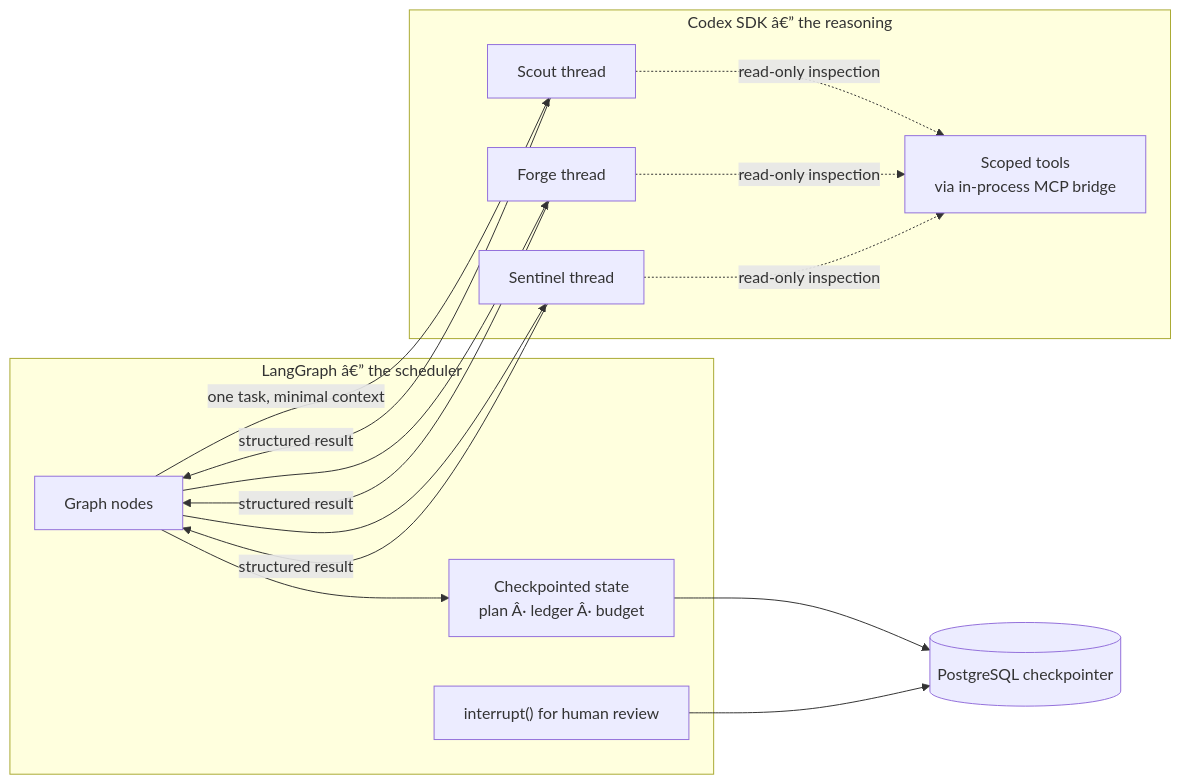
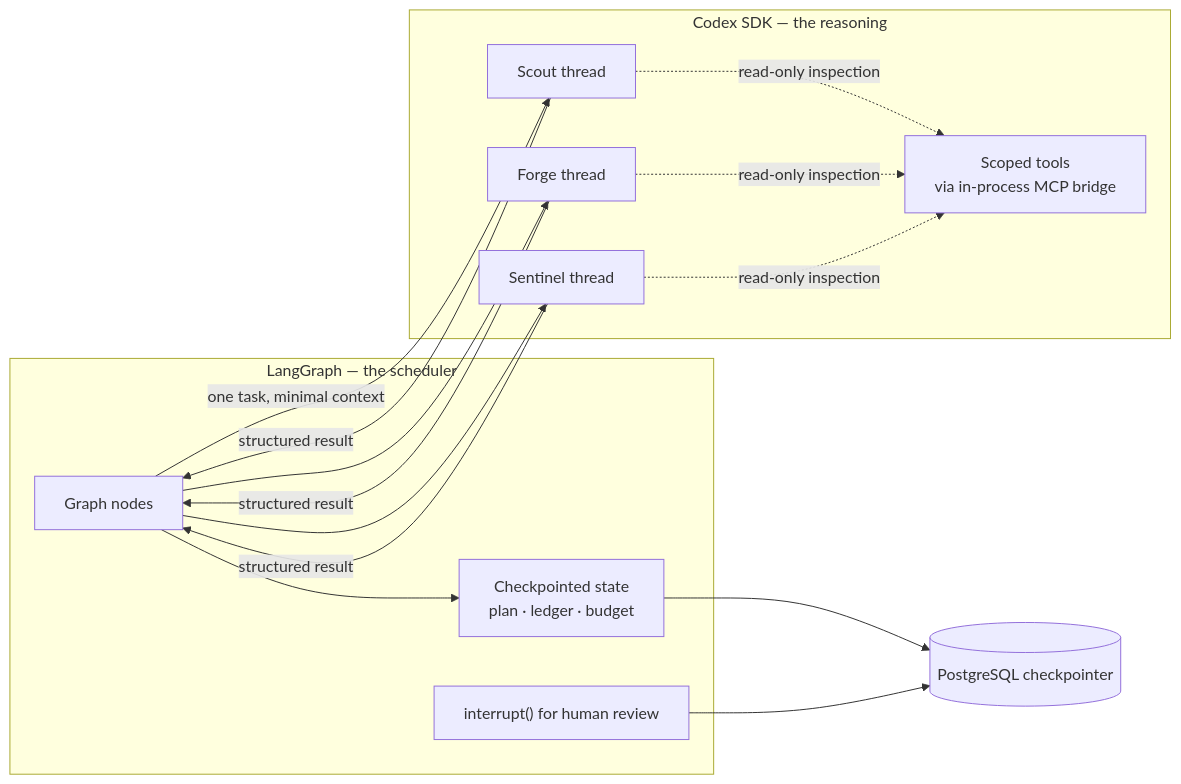
The fourth of 6 diagrams in docs/application-guide.md (srinivasravula18/core-platform-automation), drawn with Mermaid before and after one commit. The commit also changed other lines of this file, not shown here.

````diff
--- a/docs/application-guide.md
+++ b/docs/application-guide.md
@@ -315,24 +315,24 @@
 ```mermaid
 flowchart LR
-    subgraph LG["LangGraph â€” the scheduler"]
+    subgraph LG["LangGraph — the scheduler"]
         Nodes["Graph nodes"]
-        State["Checkpointed state<br/>plan Â· ledger Â· budget"]
+        State["Checkpointed state<br/>plan · ledger · budget"]
         Interrupt["interrupt() for human review"]
     end
 
-    subgraph CX["Codex SDK â€” the reasoning"]
+    subgraph CX["Codex SDK — the reasoning"]
         T1["Scout thread"]
         T2["Forge thread"]
         T3["Sentinel thread"]
         Tools["Scoped tools<br/>via in-process MCP bridge"]
     end
 
     Nodes --> State
     Nodes -->|"one task, minimal context"| T1
     Nodes --> T2
     Nodes --> T3
     T1 & T2 & T3 -->|"structured result"| Nodes
     T1 & T2 & T3 -.->|"read-only inspection"| Tools
     State --> PGC[("PostgreSQL checkpointer")]
     Interrupt --> PGC
 ```
````
